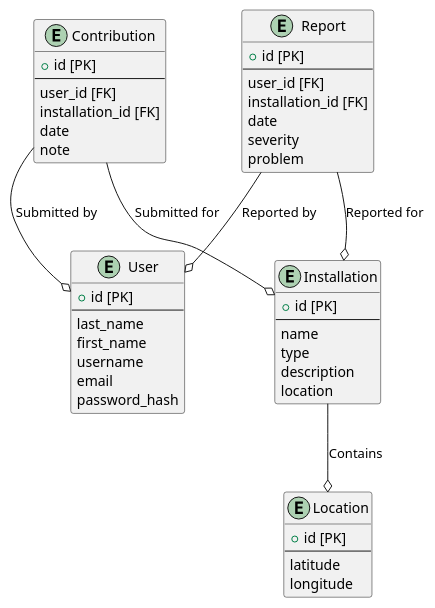
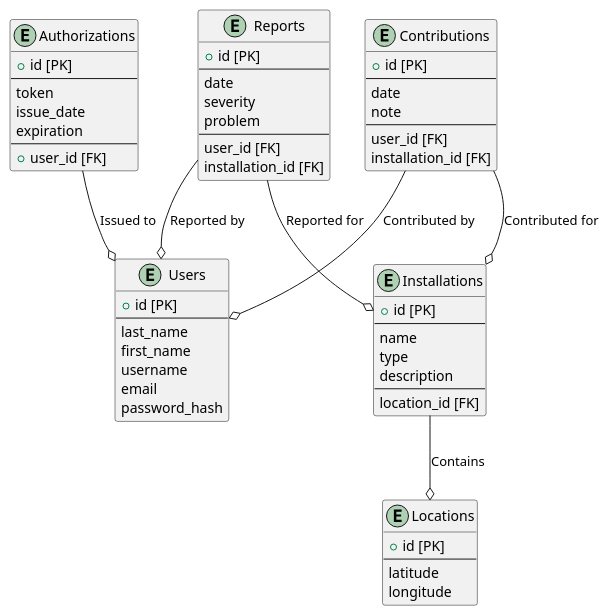
The diagram in data.puml (ALgo-HackQC/database), drawn with PlantUML before and after one commit.

Commit message:
Authorizations table added to the PlantUML

```diff
--- a/data.puml
+++ b/data.puml
@@ -1,55 +1,71 @@
 @startuml
-!pragma teoz true
 
-entity "User" as user {
+entity "Users" as users {
   + id [PK]
   --
   last_name
   first_name
   username
   email
   password_hash
 }
 
-entity "Location" as location {
+entity "Locations" as locations {
   + id [PK]
   --
   latitude
   longitude
 }
 
-entity "Installation" as installation {
+entity "Installations" as installations {
  + id [PK]
  --
  name
  type
  description
- location
+ --
+ location_id [FK]
 }
 
-entity "Contribution" as contribution {
+entity "Contributions" as contributions {
   + id [PK]
+  --
+  date
+  note
   --
   user_id [FK]
   installation_id [FK]
-  date
-  note
 }
 
-entity "Report" as report {
+entity "Reports" as reports {
   + id [PK]
+  --
+  date
+  severity
+  problem
   --
   user_id [FK]
   installation_id [FK]
-  date
-  severity
-  problem
 }
 
-installation --o location : Contains
-contribution --o user : Submitted by
-contribution --o installation : Submitted for
-report --o user : Reported by
-report --o installation : Reported for
+entity "Authorizations" as authorizations {
+  + id [PK]
+  --
+  token
+  issue_date
+  expiration
+  --
+  + user_id [FK]
+}
+
+installations --o locations : Contains
+
+contributions --o users : Contributed by
+contributions --o installations : Contributed for
+
+reports --o users : Reported by
+reports --o installations : Reported for
+
+authorizations --o users : Issued to
 
 @enduml
```
